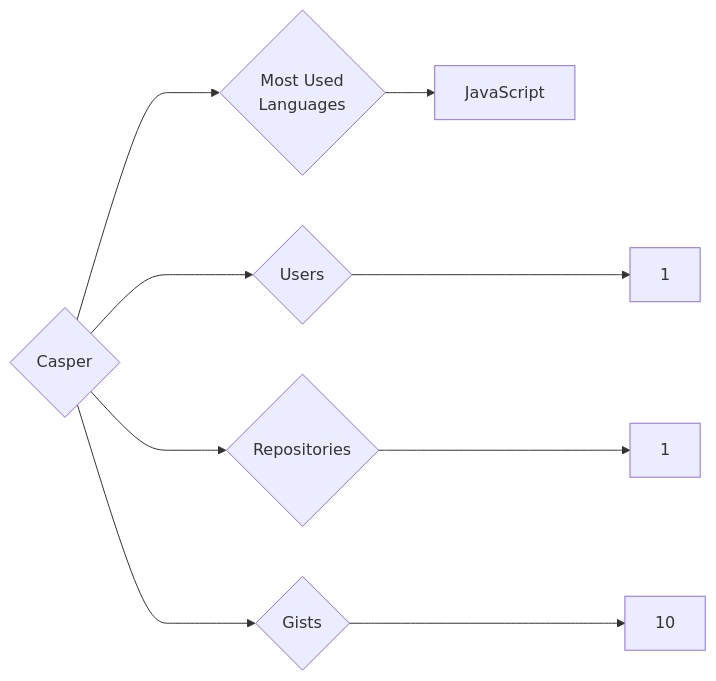
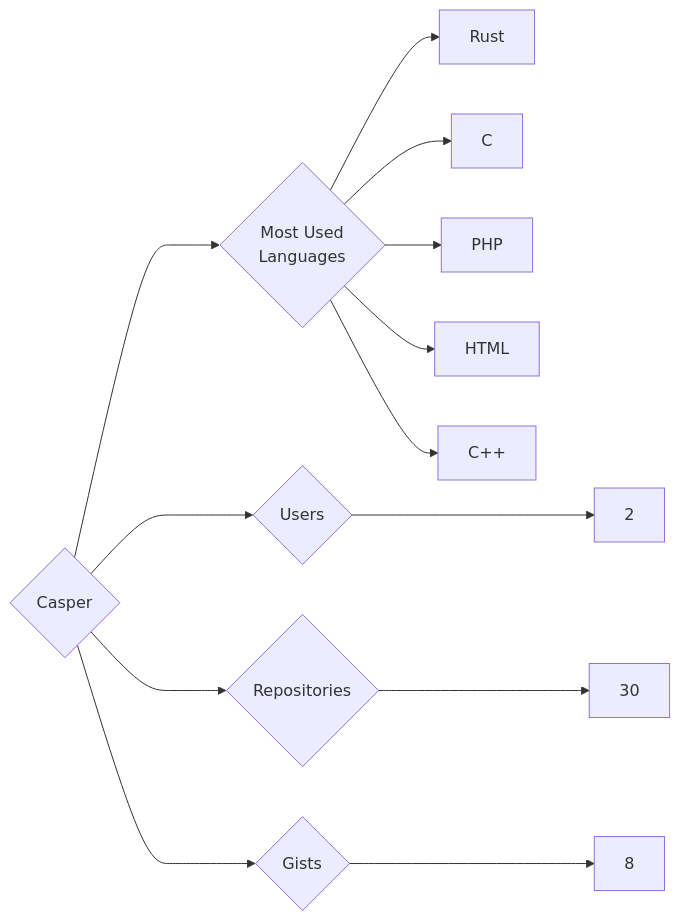
One commit to trickest/insiders changed the diagram in targets/Casper/README.md. Above: the diagram before and after it, drawn with Mermaid. The commit also changed 998 other files, not shown here.

````diff
--- a/targets/Casper/README.md
+++ b/targets/Casper/README.md
@@ -3,9 +3,13 @@
 ```mermaid
 graph LR
 COMPANY_NAME{Casper}
-COMPANY_NAME ---> U{Users} ---> UN[1]
-COMPANY_NAME ---> R{Repositories} ---> RN[1]
-COMPANY_NAME ---> G{Gists} ---> GN[10]
+COMPANY_NAME ---> U{Users} ---> UN[2]
+COMPANY_NAME ---> R{Repositories} ---> RN[30]
+COMPANY_NAME ---> G{Gists} ---> GN[8]
 COMPANY_NAME ---> ML{Most Used<br>Languages}
-ML --> JavaScript[JavaScript]
+ML --> Rust[Rust]
+ML --> C[C]
+ML --> PHP[PHP]
+ML --> HTML[HTML]
+ML --> C++[C++]
 ```
````
